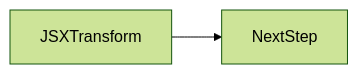
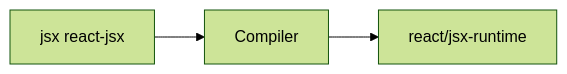
Before and after one commit to OmidJavaherii/Frontend-Engineering-Handbook: the second of 2 diagrams in docs/en/08-jsx-and-react-runtime/jsx-transform/index.md, drawn with Mermaid (forest theme). The commit also changed other lines of this file and 461 other files, not shown here.

````diff
--- a/docs/en/08-jsx-and-react-runtime/jsx-transform/index.md
+++ b/docs/en/08-jsx-and-react-runtime/jsx-transform/index.md
@@ -97,4 +124,5 @@
 ```mermaid
 flowchart LR
-  concept[JSXTransform] --> nextStep[NextStep]
+  TSConfig[jsx react-jsx] --> Compiler
+  Compiler --> Runtime[react/jsx-runtime]
 ```
````
